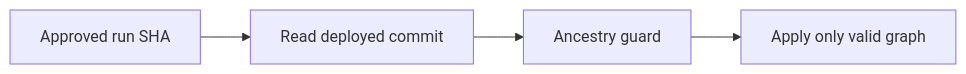
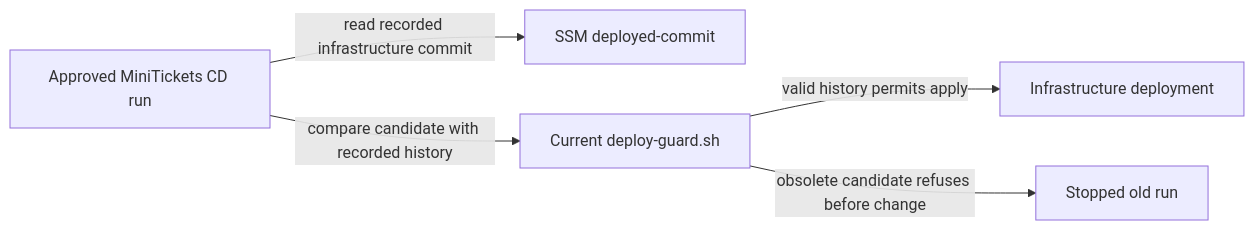
The diagram in docs/handbook/concepts/release-guard.md (maheshnd/minitickets), drawn with Mermaid before and after one commit. The commit also changed other lines of this file and 119 other files, not shown here.

````diff
--- a/docs/handbook/concepts/release-guard.md
+++ b/docs/handbook/concepts/release-guard.md
@@ -17,7 +19,7 @@
 ```mermaid
 flowchart LR
-    n0["Approved run SHA"] --> n1
-    n1["Read deployed commit"] --> n2
-    n2["Ancestry guard"] --> n3
-    n3["Apply only valid graph"]
+    R["Approved MiniTickets CD run"] -->|"read recorded infrastructure commit"| S["SSM deployed-commit"]
+    R -->|"compare candidate with recorded history"| G["Current deploy-guard.sh"]
+    G -->|"valid history permits apply"| A["Infrastructure deployment"]
+    G -->|"obsolete candidate refuses before change"| X["Stopped old run"]
 ```
````
